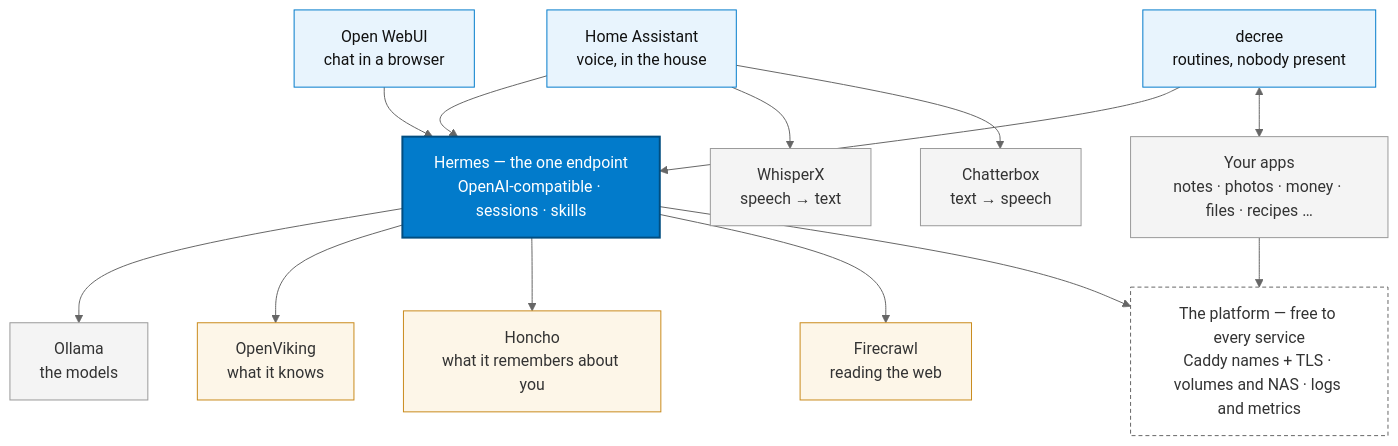
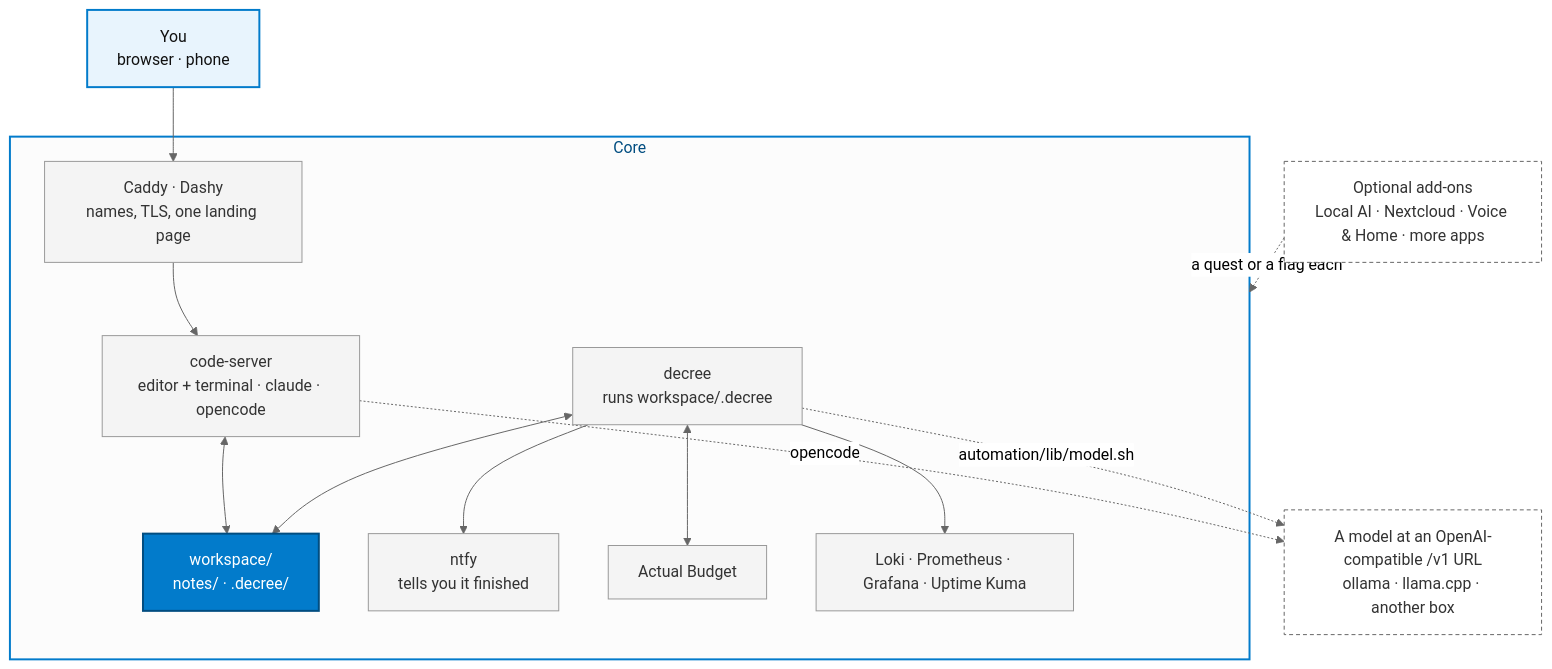
Before and after one commit to jtmckay/existential: the second of 2 diagrams in README.md, drawn with Mermaid (neutral theme). The commit also changed other lines of this file and 47 other files, not shown here.

````diff
--- a/README.md
+++ b/README.md
@@ -64,42 +82,38 @@
 ```mermaid
 flowchart TB
-    ha["Home Assistant<br/>voice, in the house"]
-    owui["Open WebUI<br/>chat in a browser"]
-    dec["decree<br/>routines, nobody present"]
+    you["You<br/>browser · phone"]
 
-    hermes["Hermes — the one endpoint<br/>OpenAI-compatible · sessions · skills"]
-    ollama["Ollama<br/>the models"]
-    stt["WhisperX<br/>speech → text"]
-    tts["Chatterbox<br/>text → speech"]
+    subgraph core["Core"]
+        cs["code-server<br/>editor + terminal · claude · opencode"]
+        ws["workspace/<br/>notes/ · .decree/"]
+        dec["decree<br/>runs workspace/.decree"]
+        ntfy["ntfy<br/>tells you it finished"]
+        apps["Actual Budget"]
+        obs["Loki · Prometheus · Grafana · Uptime Kuma"]
+        edge["Caddy · Dashy<br/>names, TLS, one landing page"]
+    end
 
-    viking["OpenViking<br/>what it knows"]
-    honcho["Honcho<br/>what it remembers about you"]
-    craw["Firecrawl<br/>reading the web"]
+    model["A model at an OpenAI-compatible /v1 URL<br/>ollama · llama.cpp · another box"]
+    addons["Optional add-ons<br/>Local AI · Nextcloud · Voice &amp; Home · more apps"]
 
-    apps["Your apps<br/>notes · photos · money · files · recipes …"]
-    platform["The platform — free to every service<br/>Caddy names + TLS · volumes and NAS · logs and metrics"]
+    you --> edge
+    edge --> cs
+    cs <--> ws
+    dec <--> ws
+    dec --> ntfy
+    dec <--> apps
+    dec --> obs
+    cs -. "opencode" .-> model
+    dec -. "automation/lib/model.sh" .-> model
+    addons -. "a quest or a flag each" .-> core
 
-    ha --> hermes
-    owui --> hermes
-    dec --> hermes
-    ha --> stt
-    ha --> tts
-    hermes --> ollama
-    hermes --> viking
-    hermes --> honcho
-    hermes --> craw
-    dec <--> apps
-    hermes --> platform
-    apps --> platform
-
-    classDef surface fill:#e8f4fd,stroke:#027bcb,color:#111
-    classDef gateway fill:#027bcb,stroke:#014d80,stroke-width:2px,color:#fff
-    classDef model fill:#f4f4f4,stroke:#999,color:#333
-    classDef base fill:#fff,stroke:#666,stroke-dasharray:4 3,color:#333
-    classDef reach fill:#fdf6e8,stroke:#c98a1b,color:#333
-    class ha,owui,dec surface
-    class hermes gateway
-    class ollama,stt,tts,apps model
-    class viking,honcho,craw reach
-    class platform base
+    classDef me fill:#e8f4fd,stroke:#027bcb,stroke-width:2px,color:#111
+    classDef hub fill:#027bcb,stroke:#014d80,stroke-width:2px,color:#fff
+    classDef box fill:#f4f4f4,stroke:#999,color:#333
+    classDef ext fill:#fff,stroke:#666,stroke-dasharray:4 3,color:#333
+    class you me
+    class ws hub
+    class cs,dec,ntfy,apps,obs,edge box
+    class model,addons ext
+    style core fill:#fcfcfc,stroke:#027bcb,stroke-width:2px,color:#014d80
 ```
````
